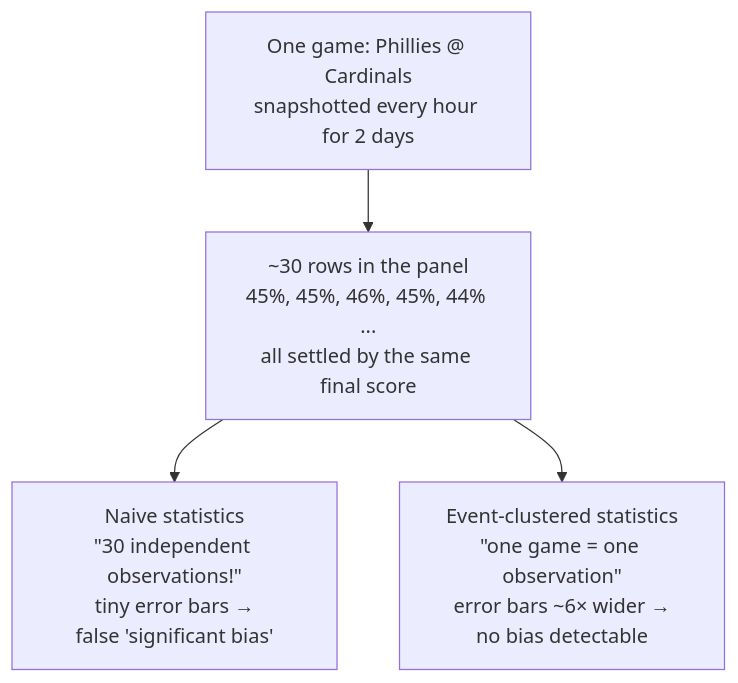
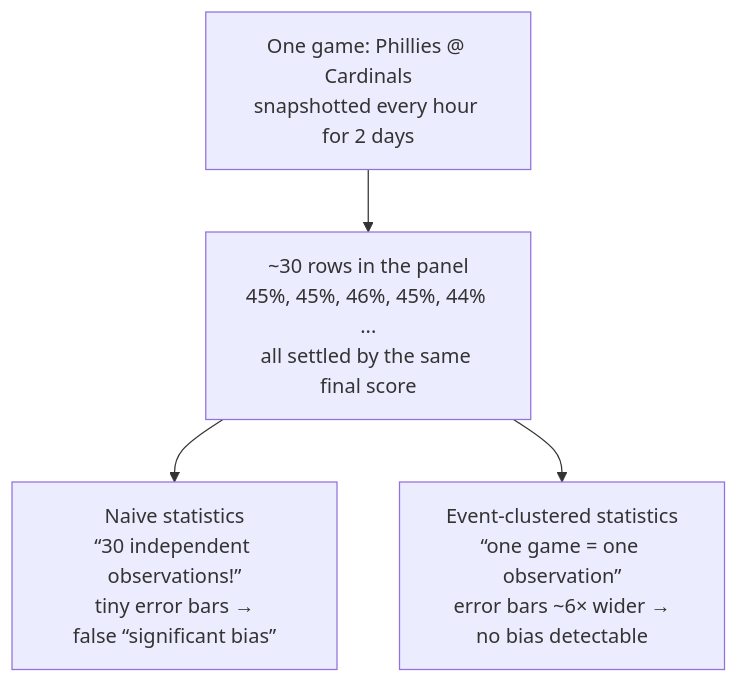
One commit to crollila/pm-calibration changed the third of 3 diagrams in README.md. Above: the diagram before and after it, drawn with Mermaid. The commit also changed other lines of this file, not shown here.

Commit message:
README: fix mermaid parse errors on GitHub
GitHub's mermaid renderer decodes &quot; entities to literal quotes
before parsing, which terminates node labels early. Curly quotes render
identically and don't collide with the label delimiter.

````diff
--- a/README.md
+++ b/README.md
@@ -352,8 +352,8 @@
 ```mermaid
 flowchart TD
     G["One game: Phillies @ Cardinals<br/>snapshotted every hour for 2 days"]
     R["~30 rows in the panel<br/>45%, 45%, 46%, 45%, 44% ...<br/>all settled by the same final score"]
     G --> R
-    R --> N["Naive statistics<br/>&quot;30 independent observations!&quot;<br/>tiny error bars →<br/>false 'significant bias'"]
-    R --> H["Event-clustered statistics<br/>&quot;one game = one observation&quot;<br/>error bars ~6× wider →<br/>no bias detectable"]
+    R --> N["Naive statistics<br/>“30 independent observations!”<br/>tiny error bars →<br/>false “significant bias”"]
+    R --> H["Event-clustered statistics<br/>“one game = one observation”<br/>error bars ~6× wider →<br/>no bias detectable"]
 ```
````
